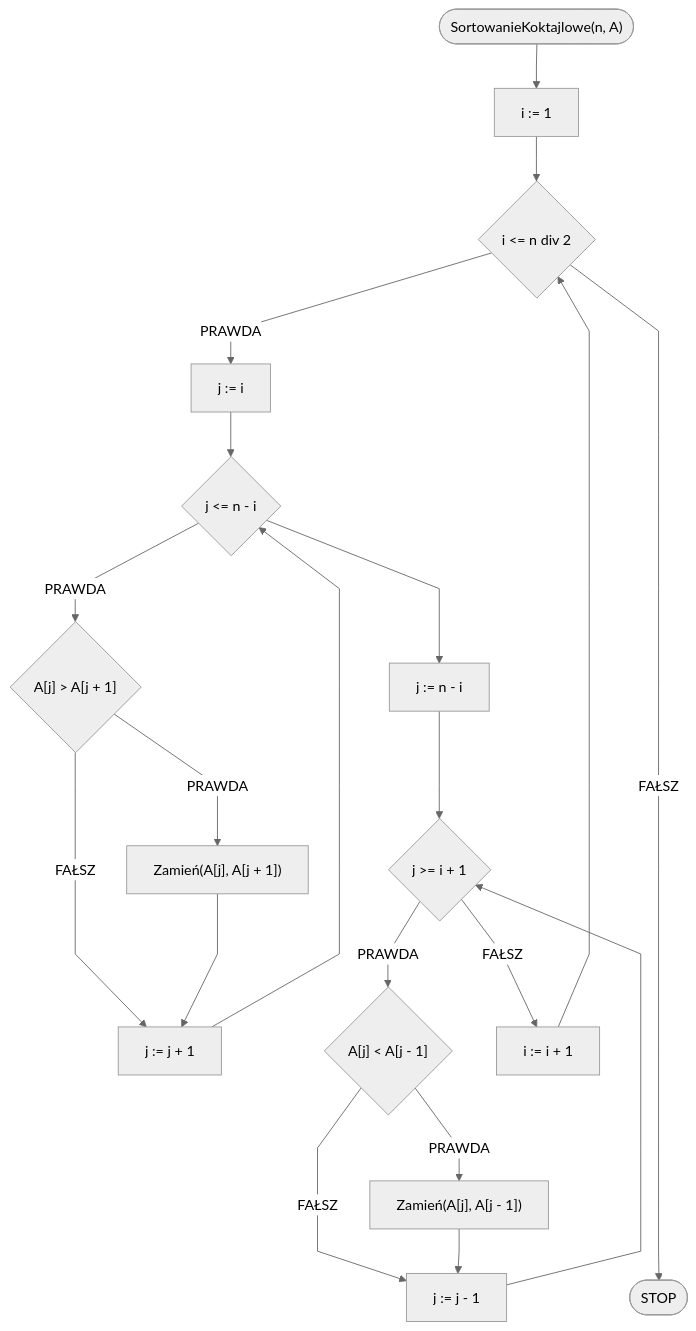
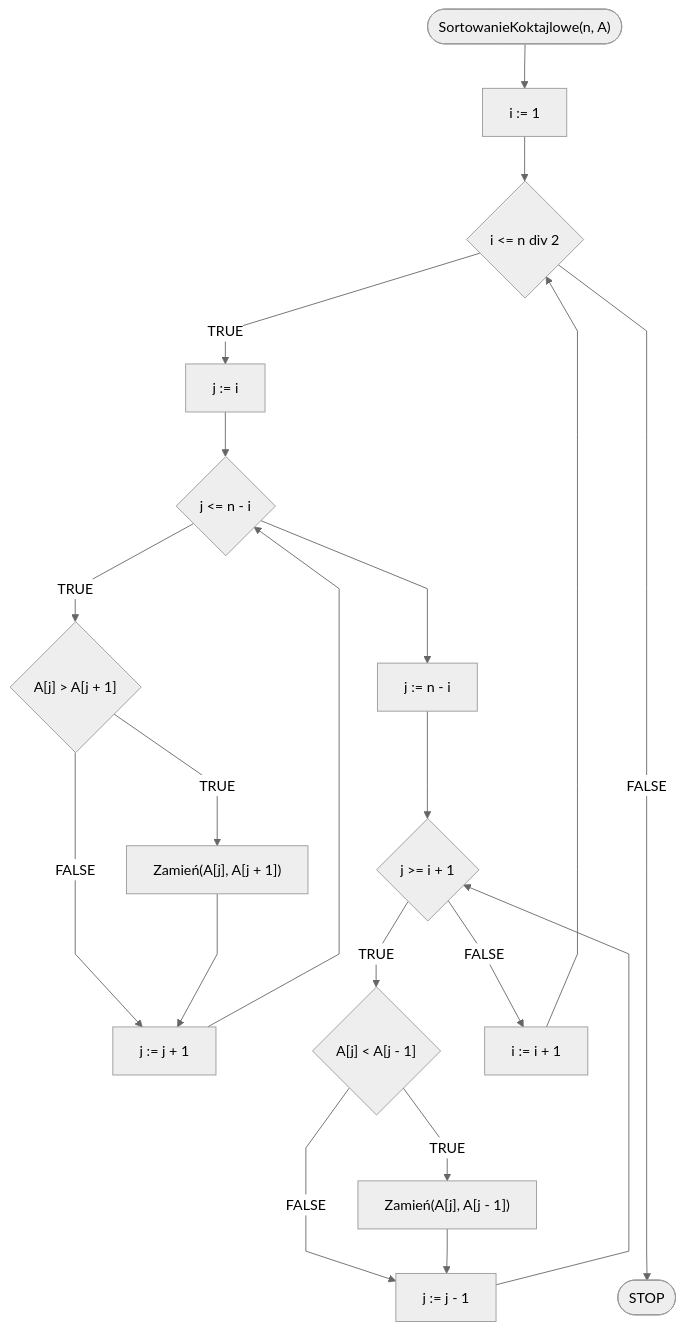
The diagram in docs/algorithms/sorting/cocktail-shaker-sort.md (blackbat13/edu-cs-htiew-en), drawn with Mermaid before and after one commit. The commit also changed other lines of this file and 682 other files, not shown here.

````diff
--- a/docs/algorithms/sorting/cocktail-shaker-sort.md
+++ b/docs/algorithms/sorting/cocktail-shaker-sort.md
@@ -39,23 +39,23 @@
 ```mermaid
 %%{init: {"flowchart": {"curve": "linear"}, "theme": "neutral"} }%%
 flowchart TD
     START(["SortowanieKoktajlowe(n, A)"]) --> K0[i := 1]
     K0 --> K1{i <= n div 2}
-    K1 -- PRAWDA --> K2p[j := i]
+    K1 -- TRUE --> K2p[j := i]
     K2p --> K2{j <= n - i}
-    K2 -- PRAWDA --> K3{"A[j] > A[j + 1]"}
-    K3 -- PRAWDA --> K4["Zamień(A[j], A[j + 1])"]
-    K3 -- FAŁSZ --> K2i[j := j + 1]
+    K2 -- TRUE --> K3{"A[j] > A[j + 1]"}
+    K3 -- TRUE --> K4["Zamień(A[j], A[j + 1])"]
+    K3 -- FALSE --> K2i[j := j + 1]
     K4 --> K2i
     K2i --> K2
     K2 --> K5p[j := n - i]
     K5p --> K5{j >= i + 1}
-    K5 -- PRAWDA --> K6{"A[j] < A[j - 1]"}
-    K6 -- PRAWDA --> K7["Zamień(A[j], A[j - 1])"]
-    K6 -- FAŁSZ --> K5i[j := j - 1]
+    K5 -- TRUE --> K6{"A[j] < A[j - 1]"}
+    K6 -- TRUE --> K7["Zamień(A[j], A[j - 1])"]
+    K6 -- FALSE --> K5i[j := j - 1]
     K7 --> K5i
     K5i --> K5
-    K5 -- FAŁSZ --> K1i[i := i + 1]
+    K5 -- FALSE --> K1i[i := i + 1]
     K1i --> K1
-    K1 -- FAŁSZ --------> STOP([STOP])
+    K1 -- FALSE --------> STOP([STOP])
 ```
````
